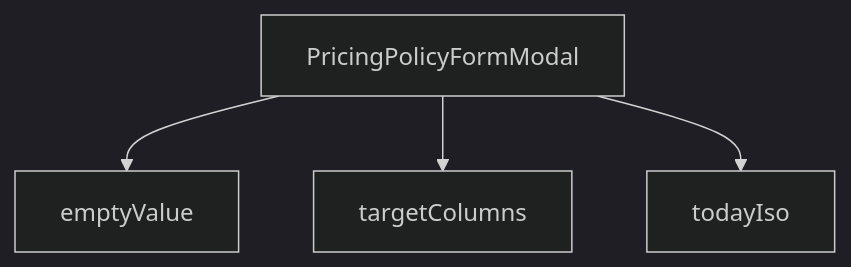
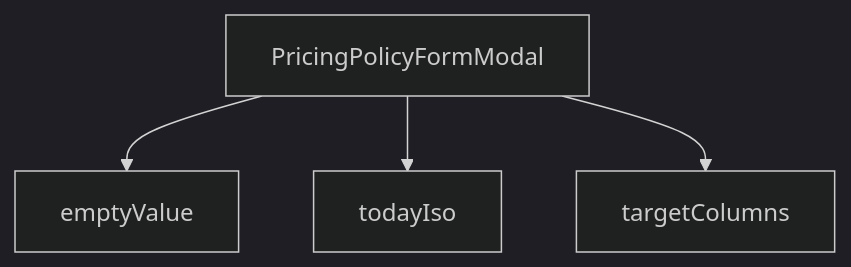
Before and after one commit to peckop/venthub-hvac-esite: the diagram in src/components/admin/pricing/PricingPolicyFormModal.md, drawn with Mermaid (dark theme). The commit also changed other lines of this file and 169 other files, not shown here.

````diff
--- a/src/components/admin/pricing/PricingPolicyFormModal.md
+++ b/src/components/admin/pricing/PricingPolicyFormModal.md
@@ -161,10 +119,10 @@
 ```mermaid
 graph TD
     PricingPolicyFormModal_tsx__PricingPolicyFormModal["PricingPolicyFormModal"]
     PricingPolicyFormModal_tsx__emptyValue["emptyValue"]
     PricingPolicyFormModal_tsx__targetColumns["targetColumns"]
     PricingPolicyFormModal_tsx__todayIso["todayIso"]
     PricingPolicyFormModal_tsx__PricingPolicyFormModal --> PricingPolicyFormModal_tsx__emptyValue
+    PricingPolicyFormModal_tsx__PricingPolicyFormModal --> PricingPolicyFormModal_tsx__todayIso
     PricingPolicyFormModal_tsx__PricingPolicyFormModal --> PricingPolicyFormModal_tsx__targetColumns
-    PricingPolicyFormModal_tsx__PricingPolicyFormModal --> PricingPolicyFormModal_tsx__todayIso
 ```
````
